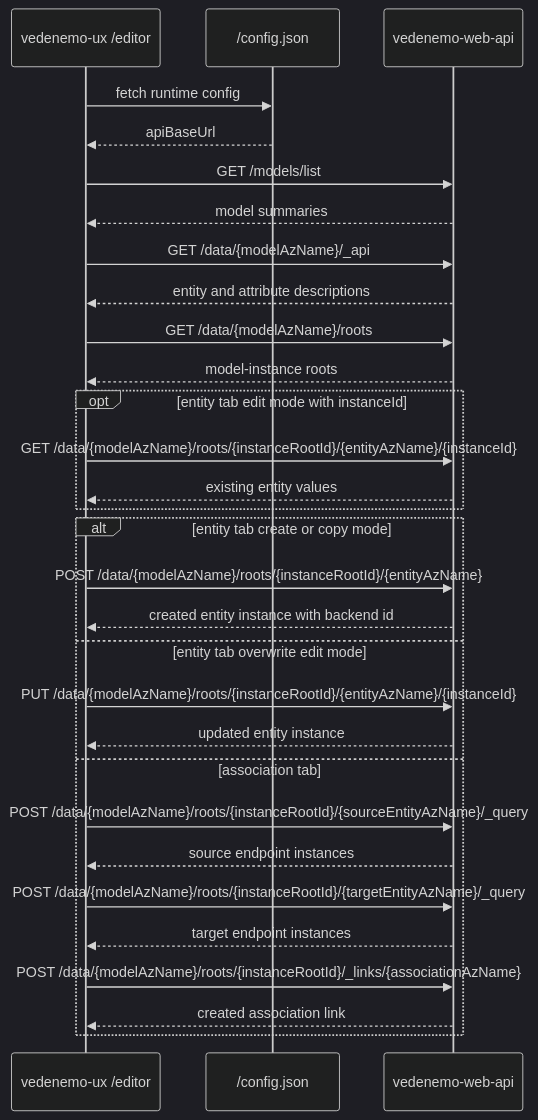
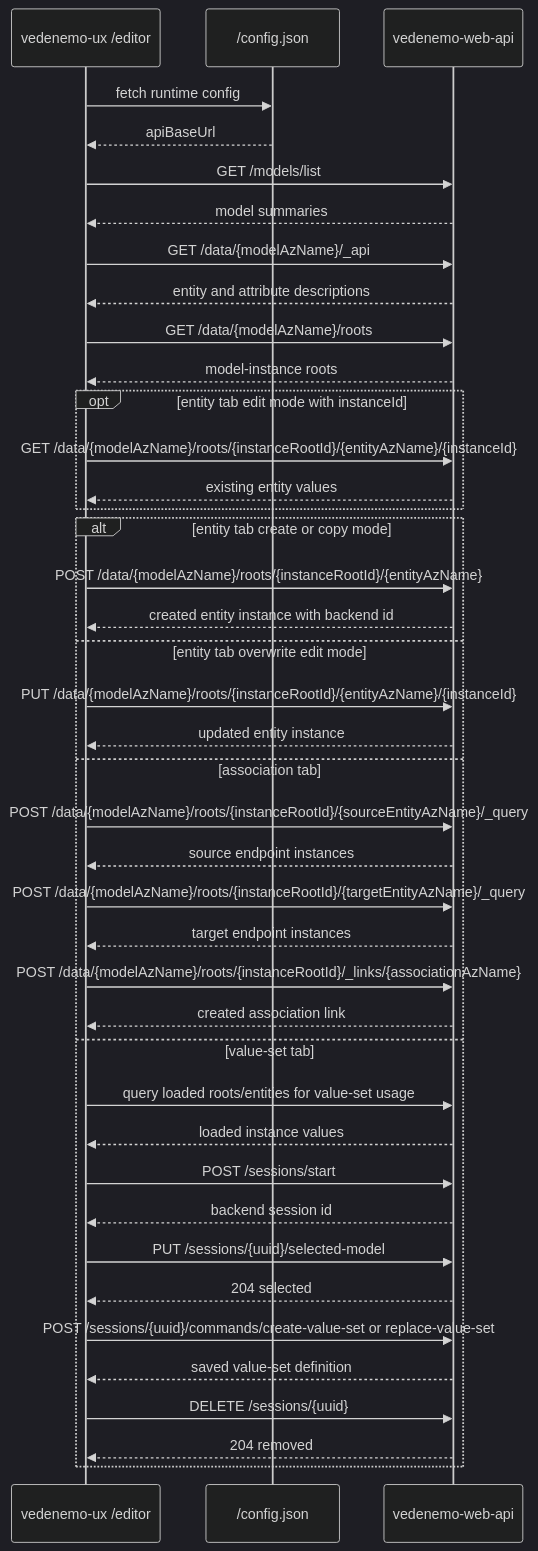
One commit to VedenemoDev/VedenemoMonorepo changed diagram 11 of 12 in docs/architecture_doc.md. Above: the diagram before and after it, drawn with Mermaid (dark theme). The commit also changed other lines of this file and 14 other files, not shown here.

````diff
--- a/docs/architecture_doc.md
+++ b/docs/architecture_doc.md
@@ -1041,33 +1056,44 @@
 ```mermaid
 sequenceDiagram
     participant UX as vedenemo-ux /editor
     participant Config as /config.json
     participant API as vedenemo-web-api
 
     UX->>Config: fetch runtime config
     Config-->>UX: apiBaseUrl
     UX->>API: GET /models/list
     API-->>UX: model summaries
     UX->>API: GET /data/{modelAzName}/_api
     API-->>UX: entity and attribute descriptions
     UX->>API: GET /data/{modelAzName}/roots
     API-->>UX: model-instance roots
     opt entity tab edit mode with instanceId
         UX->>API: GET /data/{modelAzName}/roots/{instanceRootId}/{entityAzName}/{instanceId}
         API-->>UX: existing entity values
     end
     alt entity tab create or copy mode
         UX->>API: POST /data/{modelAzName}/roots/{instanceRootId}/{entityAzName}
         API-->>UX: created entity instance with backend id
     else entity tab overwrite edit mode
         UX->>API: PUT /data/{modelAzName}/roots/{instanceRootId}/{entityAzName}/{instanceId}
         API-->>UX: updated entity instance
     else association tab
         UX->>API: POST /data/{modelAzName}/roots/{instanceRootId}/{sourceEntityAzName}/_query
         API-->>UX: source endpoint instances
         UX->>API: POST /data/{modelAzName}/roots/{instanceRootId}/{targetEntityAzName}/_query
         API-->>UX: target endpoint instances
         UX->>API: POST /data/{modelAzName}/roots/{instanceRootId}/_links/{associationAzName}
         API-->>UX: created association link
+    else value-set tab
+        UX->>API: query loaded roots/entities for value-set usage
+        API-->>UX: loaded instance values
+        UX->>API: POST /sessions/start
+        API-->>UX: backend session id
+        UX->>API: PUT /sessions/{uuid}/selected-model
+        API-->>UX: 204 selected
+        UX->>API: POST /sessions/{uuid}/commands/create-value-set or replace-value-set
+        API-->>UX: saved value-set definition
+        UX->>API: DELETE /sessions/{uuid}
+        API-->>UX: 204 removed
     end
 ```
````
